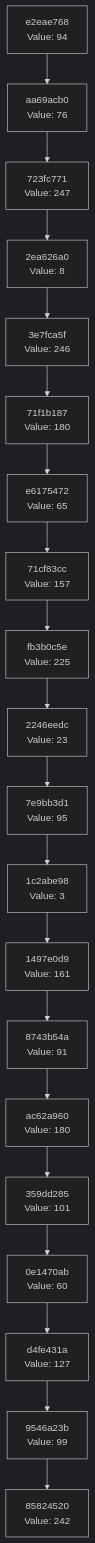
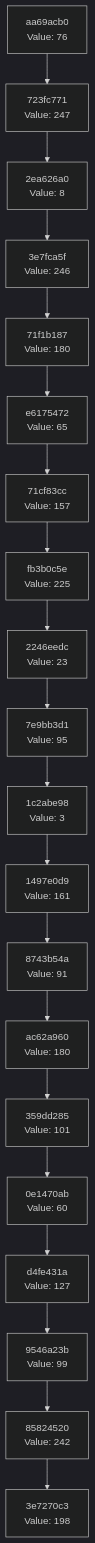
The diagram in docs/CHAIN_VISUALIZATION.md (Abhisheksinha1506/hash-chain-evolver), drawn with Mermaid (dark theme) before and after one commit. The commit also changed 2 other files, not shown here.

Commit message:
Evolution step: hash 0xC6 → action executed

````diff
--- a/docs/CHAIN_VISUALIZATION.md
+++ b/docs/CHAIN_VISUALIZATION.md
@@ -3,42 +3,42 @@
 ```mermaid
 graph TD
-    C0["85824520<br/>Value: 242"]
-    C1["9546a23b<br/>Value: 99"]
+    C0["3e7270c3<br/>Value: 198"]
+    C1["85824520<br/>Value: 242"]
     C1 --> C0
-    C2["d4fe431a<br/>Value: 127"]
+    C2["9546a23b<br/>Value: 99"]
     C2 --> C1
-    C3["0e1470ab<br/>Value: 60"]
+    C3["d4fe431a<br/>Value: 127"]
     C3 --> C2
-    C4["359dd285<br/>Value: 101"]
+    C4["0e1470ab<br/>Value: 60"]
     C4 --> C3
-    C5["ac62a960<br/>Value: 180"]
+    C5["359dd285<br/>Value: 101"]
     C5 --> C4
-    C6["8743b54a<br/>Value: 91"]
+    C6["ac62a960<br/>Value: 180"]
     C6 --> C5
-    C7["1497e0d9<br/>Value: 161"]
+    C7["8743b54a<br/>Value: 91"]
     C7 --> C6
-    C8["1c2abe98<br/>Value: 3"]
+    C8["1497e0d9<br/>Value: 161"]
     C8 --> C7
-    C9["7e9bb3d1<br/>Value: 95"]
+    C9["1c2abe98<br/>Value: 3"]
     C9 --> C8
-    C10["2246eedc<br/>Value: 23"]
+    C10["7e9bb3d1<br/>Value: 95"]
     C10 --> C9
-    C11["fb3b0c5e<br/>Value: 225"]
+    C11["2246eedc<br/>Value: 23"]
     C11 --> C10
-    C12["71cf83cc<br/>Value: 157"]
+    C12["fb3b0c5e<br/>Value: 225"]
     C12 --> C11
-    C13["e6175472<br/>Value: 65"]
+    C13["71cf83cc<br/>Value: 157"]
     C13 --> C12
-    C14["71f1b187<br/>Value: 180"]
+    C14["e6175472<br/>Value: 65"]
     C14 --> C13
-    C15["3e7fca5f<br/>Value: 246"]
+    C15["71f1b187<br/>Value: 180"]
     C15 --> C14
-    C16["2ea626a0<br/>Value: 8"]
+    C16["3e7fca5f<br/>Value: 246"]
     C16 --> C15
-    C17["723fc771<br/>Value: 247"]
+    C17["2ea626a0<br/>Value: 8"]
     C17 --> C16
-    C18["aa69acb0<br/>Value: 76"]
+    C18["723fc771<br/>Value: 247"]
     C18 --> C17
-    C19["e2eae768<br/>Value: 94"]
+    C19["aa69acb0<br/>Value: 76"]
     C19 --> C18
 ```
````
